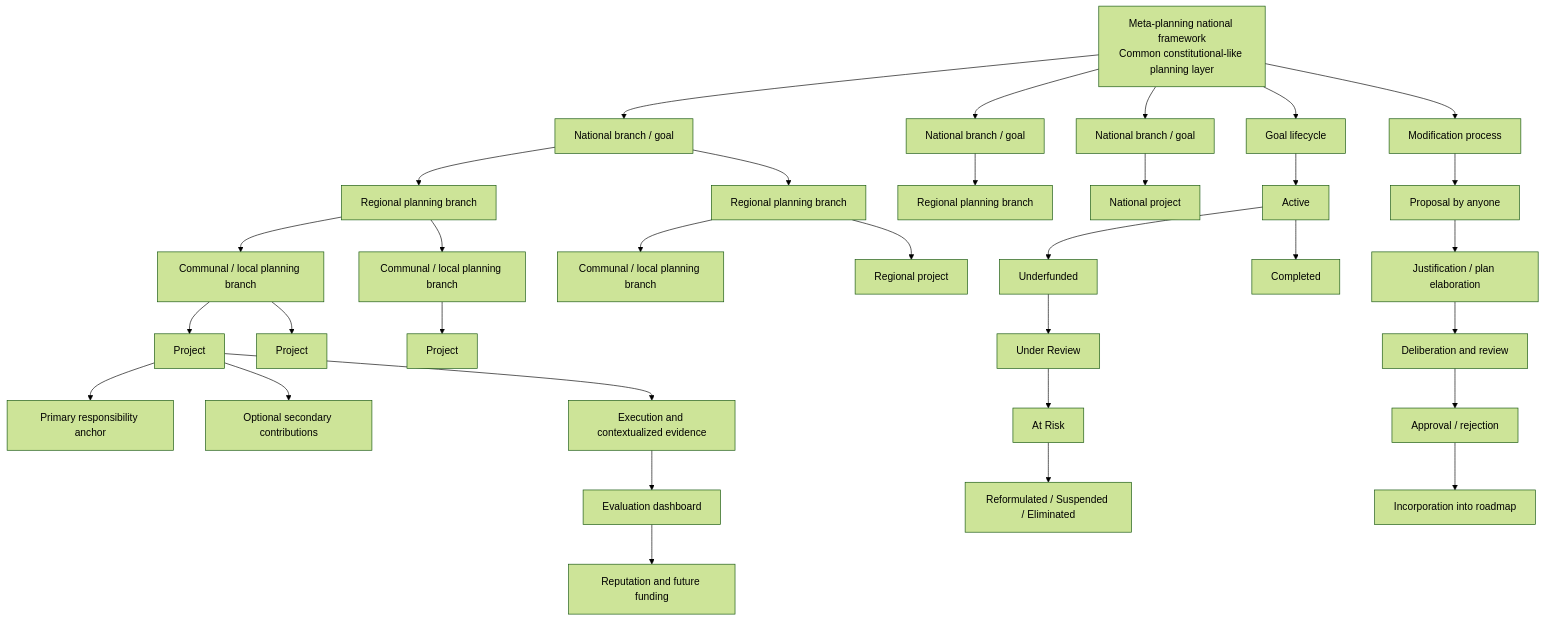
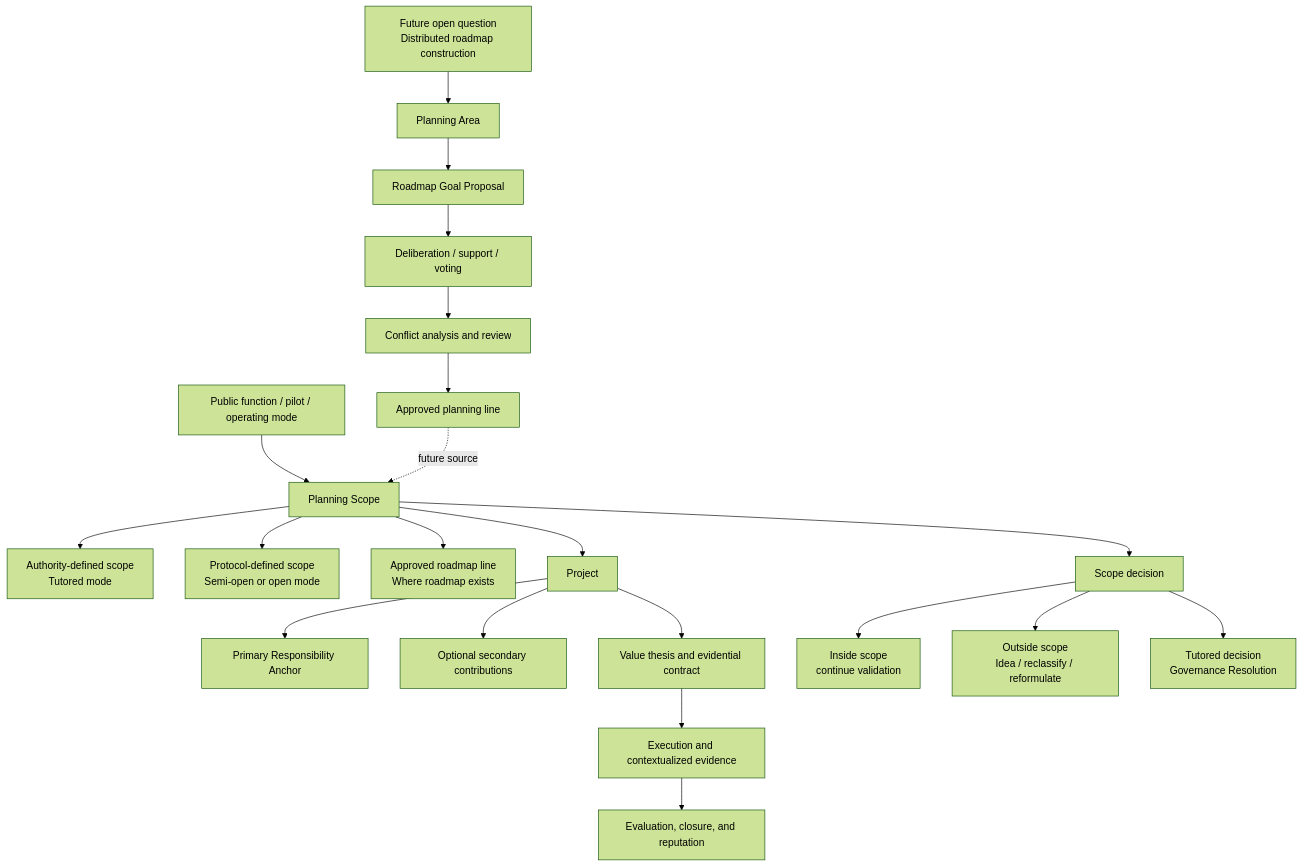
Before and after one commit to moffermann/distributed-governance-research: the diagram in docs/diagrams/distributed-planning-architecture-v1.md, drawn with Mermaid (forest theme). The commit also changed other lines of this file and 20 other files, not shown here.

First line of the commit message:
Align H009 planning scope boundary

````diff
--- a/docs/diagrams/distributed-planning-architecture-v1.md
+++ b/docs/diagrams/distributed-planning-architecture-v1.md
@@ -5,42 +5,26 @@
 ```mermaid
 flowchart TD
-    A[Meta-planning national framework<br/>Common constitutional-like planning layer] --> B1[National branch / goal]
-    A --> B2[National branch / goal]
-    A --> B3[National branch / goal]
+    A[Public function / pilot / operating mode] --> B[Planning Scope]
+    B --> B1[Authority-defined scope<br/>Tutored mode]
+    B --> B2[Protocol-defined scope<br/>Semi-open or open mode]
+    B --> B3[Approved roadmap line<br/>Where roadmap exists]
 
-    B1 --> C1[Regional planning branch]
-    B1 --> C2[Regional planning branch]
-    B2 --> C3[Regional planning branch]
+    B --> P[Project]
+    P --> R1[Primary Responsibility Anchor]
+    P --> R2[Optional secondary contributions]
+    P --> V[Value thesis and evidential contract]
+    V --> E[Execution and contextualized evidence]
+    E --> F[Evaluation, closure, and reputation]
 
-    C1 --> D1[Communal / local planning branch]
-    C1 --> D2[Communal / local planning branch]
-    C2 --> D3[Communal / local planning branch]
+    B --> S[Scope decision]
+    S --> S1[Inside scope<br/>continue validation]
+    S --> S2[Outside scope<br/>Idea / reclassify / reformulate]
+    S --> S3[Tutored decision<br/>Governance Resolution]
 
-    D1 --> P1[Project]
-    D1 --> P2[Project]
-    D2 --> P3[Project]
-    C2 --> P4[Regional project]
-    B3 --> P5[National project]
-
-    P1 --> R1[Primary responsibility anchor]
-    P1 --> R2[Optional secondary contributions]
-
-    A --> L[Goal lifecycle]
-    L --> L1[Active]
-    L1 --> L2[Underfunded]
-    L2 --> L3[Under Review]
-    L3 --> L4[At Risk]
-    L4 --> L5[Reformulated / Suspended / Eliminated]
-    L1 --> L6[Completed]
-
-    A --> M[Modification process]
-    M --> M1[Proposal by anyone]
-    M1 --> M2[Justification / plan elaboration]
-    M2 --> M3[Deliberation and review]
-    M3 --> M4[Approval / rejection]
-    M4 --> M5[Incorporation into roadmap]
-
-    P1 --> E[Execution and contextualized evidence]
-    E --> F[Evaluation dashboard]
-    F --> G[Reputation and future funding]
+    OQ[Future open question<br/>Distributed roadmap construction] --> PA[Planning Area]
+    PA --> GP[Roadmap Goal Proposal]
+    GP --> D[Deliberation / support / voting]
+    D --> CA[Conflict analysis and review]
+    CA --> AL[Approved planning line]
+    AL -. future source .-> B
 ```
````
